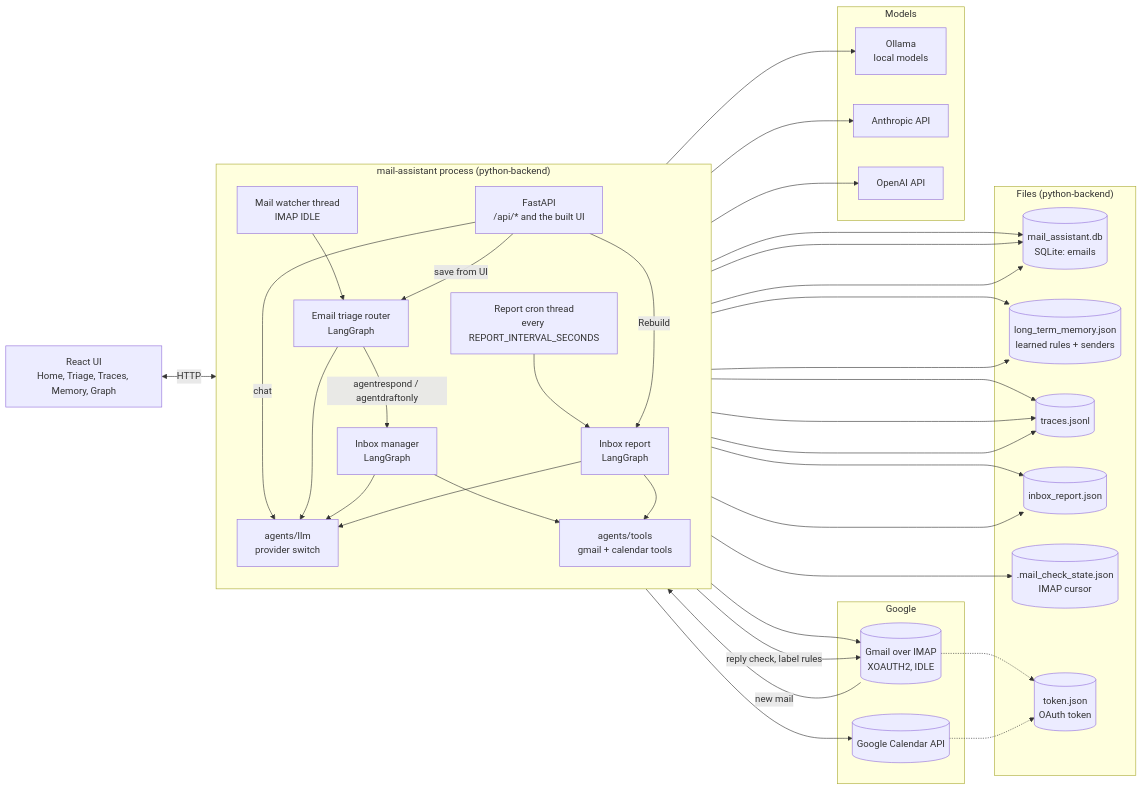
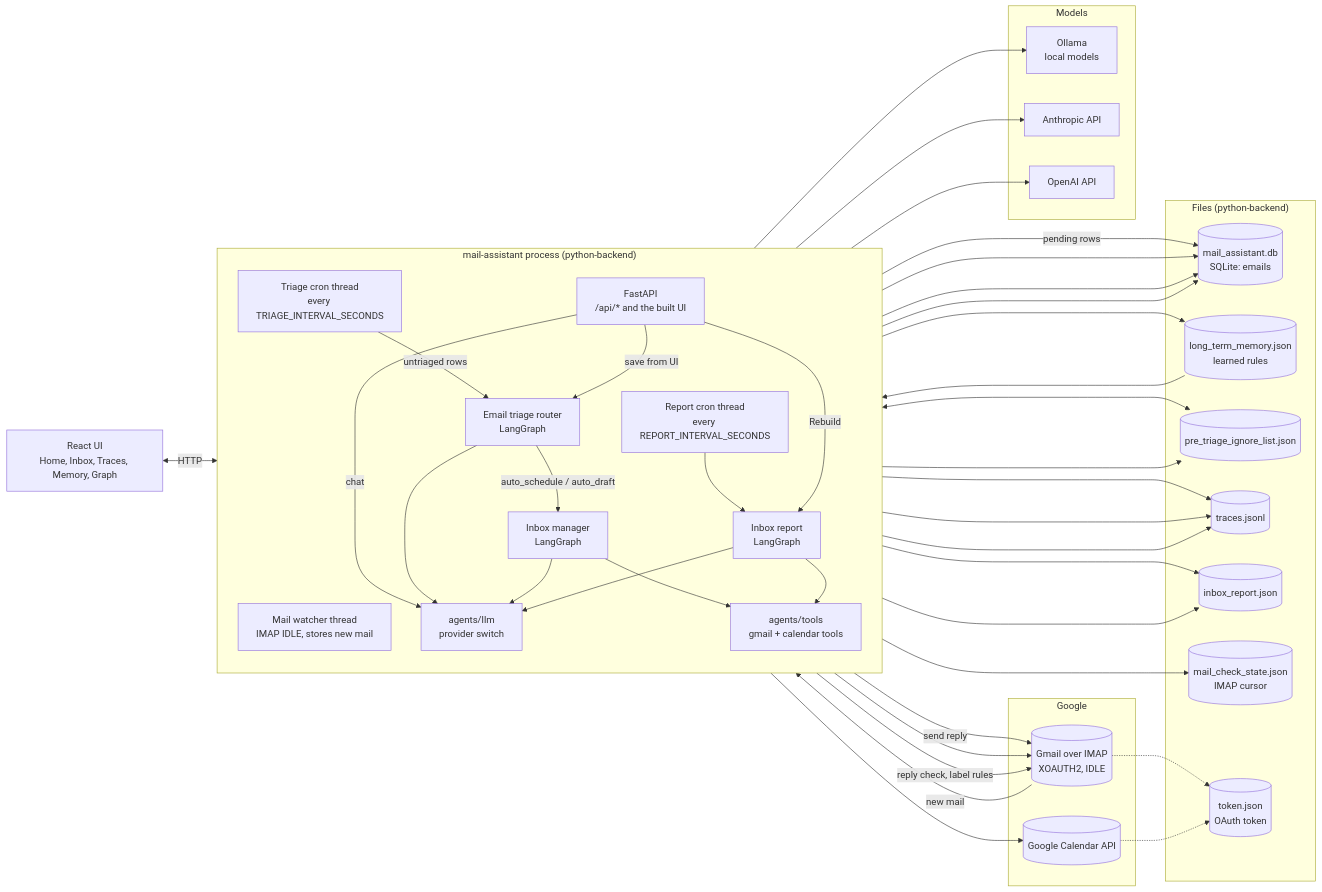
Before and after one commit to divakarmudunuri/MailboxPersonalAssistant: the diagram in docs/diagrams/components.mmd, drawn with Mermaid. The commit also changed 59 other files, not shown here.

```diff
--- a/docs/diagrams/components.mmd
+++ b/docs/diagrams/components.mmd
@@ -1,67 +1,73 @@
 flowchart LR
     subgraph Google
         IMAP[(Gmail over IMAP<br/>XOAUTH2, IDLE)]
         CAL[(Google Calendar API)]
     end
 
     subgraph Models
         OLLAMA[Ollama<br/>local models]
         CLAUDE[Anthropic API]
         OPENAI[OpenAI API]
     end
 
     subgraph "mail-assistant process (python-backend)"
         direction TB
-        WATCHER[Mail watcher thread<br/>IMAP IDLE]
+        WATCHER[Mail watcher thread<br/>IMAP IDLE, stores new mail]
+        TCRON[Triage cron thread<br/>every TRIAGE_INTERVAL_SECONDS]
         CRON[Report cron thread<br/>every REPORT_INTERVAL_SECONDS]
         API[FastAPI<br/>/api/* and the built UI]
         ROUTER[Email triage router<br/>LangGraph]
         MANAGER[Inbox manager<br/>LangGraph]
         REPORT[Inbox report<br/>LangGraph]
         LLM[agents/llm<br/>provider switch]
         TOOLS[agents/tools<br/>gmail + calendar tools]
     end
 
     subgraph "Files (python-backend)"
         DB[(mail_assistant.db<br/>SQLite: emails)]
-        MEM[(long_term_memory.json<br/>learned rules + senders)]
+        MEM[(long_term_memory.json<br/>learned rules)]
+        IGN[(pre_triage_ignore_list.json)]
         TRACE[(traces.jsonl)]
         RPT[(inbox_report.json)]
-        CUR[(.mail_check_state.json<br/>IMAP cursor)]
+        CUR[(mail_check_state.json<br/>IMAP cursor)]
         TOKEN[(token.json<br/>OAuth token)]
     end
 
-    UI[React UI<br/>Home, Triage, Traces, Memory, Graph]
+    UI[React UI<br/>Home, Inbox, Traces, Memory, Graph]
 
     IMAP -->|new mail| WATCHER
-    WATCHER --> ROUTER
-    ROUTER -->|agentrespond / agentdraftonly| MANAGER
+    WATCHER -->|pending rows| DB
+    TCRON -->|untriaged rows| ROUTER
+    ROUTER -->|auto_schedule / auto_draft| MANAGER
     CRON --> REPORT
     API -->|save from UI| ROUTER
+    API -->|send reply| IMAP
     API -->|Rebuild| REPORT
     API -->|chat| LLM
     ROUTER --> LLM
     MANAGER --> LLM
     REPORT --> LLM
     MANAGER --> TOOLS
     REPORT --> TOOLS
     TOOLS --> IMAP
     TOOLS --> CAL
     ROUTER -->|reply check, label rules| IMAP
     LLM --> OLLAMA
     LLM --> CLAUDE
     LLM --> OPENAI
     ROUTER --> DB
-    ROUTER --> MEM
+    MEM --> ROUTER
+    ROUTER <--> IGN
     ROUTER --> TRACE
     MANAGER --> DB
     MANAGER --> TRACE
     REPORT --> RPT
     WATCHER --> CUR
     IMAP -.-> TOKEN
     CAL -.-> TOKEN
     UI <-->|HTTP| API
     API --> DB
     API --> MEM
+    API --> IGN
     API --> TRACE
     API --> RPT
```
